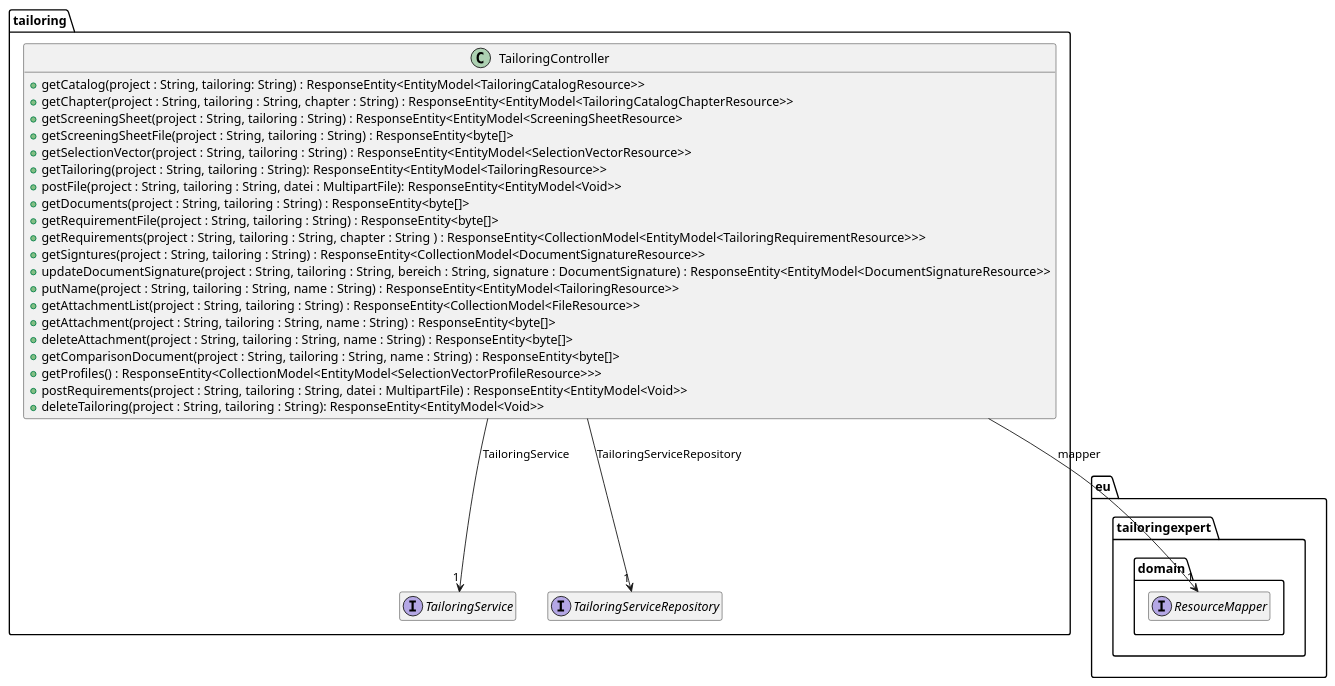
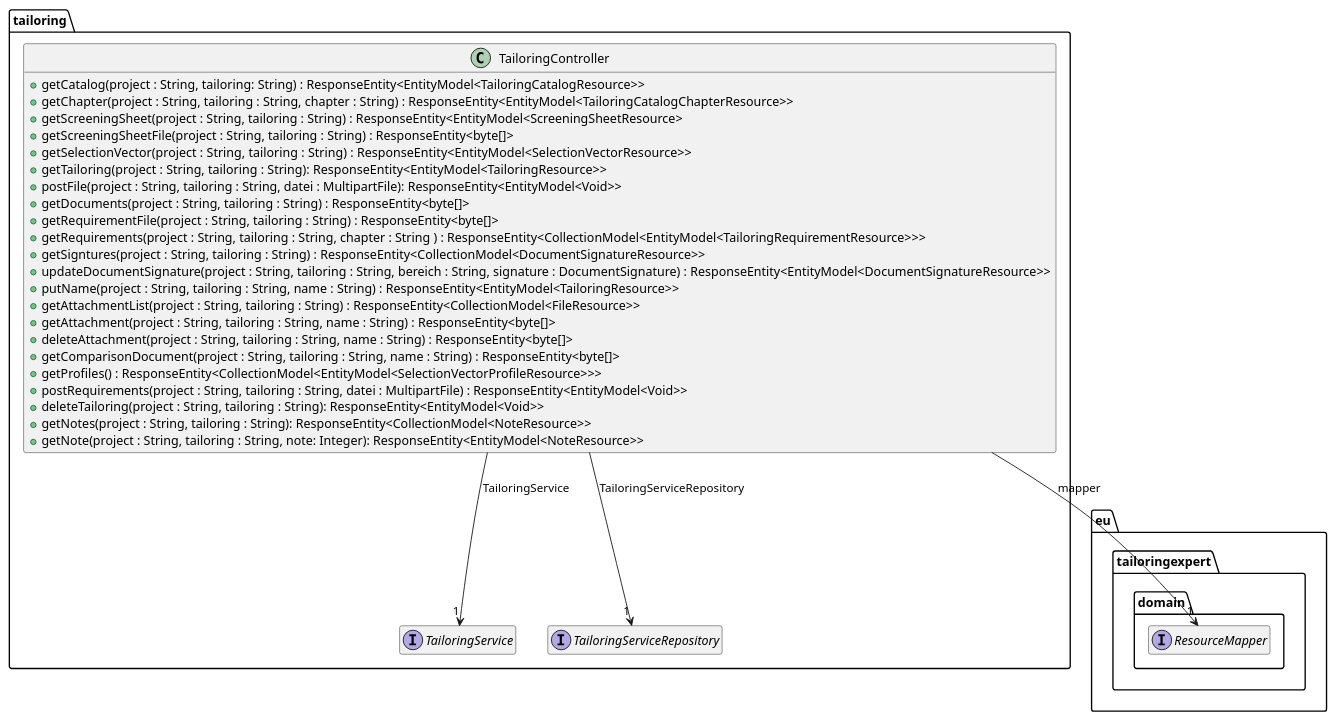
Before and after one commit to tailoringexpert/platform: the diagram in src/site/arc42/plantuml/rest/tailoring/Ebene3.plantuml, drawn with PlantUML. The commit also changed 51 other files, not shown here.

Commit message:
add list of notes to tailoring

```diff
--- a/src/site/arc42/plantuml/rest/tailoring/Ebene3.plantuml
+++ b/src/site/arc42/plantuml/rest/tailoring/Ebene3.plantuml
@@ -1,48 +1,50 @@
 @startuml
 hide empty members
 
 package eu.tailoringexpert {
     package domain {
         interface ResourceMapper
     }
 }
 
 package tailoring {
 
 
     interface TailoringService {
     }
 
     interface TailoringServiceRepository {
     }
 
     class TailoringController {
         +getCatalog(project : String, tailoring: String) : ResponseEntity<EntityModel<TailoringCatalogResource>>
         +getChapter(project : String, tailoring : String, chapter : String) : ResponseEntity<EntityModel<TailoringCatalogChapterResource>>
         +getScreeningSheet(project : String, tailoring : String) : ResponseEntity<EntityModel<ScreeningSheetResource>
         +getScreeningSheetFile(project : String, tailoring : String) : ResponseEntity<byte[]>
         +getSelectionVector(project : String, tailoring : String) :  ResponseEntity<EntityModel<SelectionVectorResource>>
         +getTailoring(project : String, tailoring : String): ResponseEntity<EntityModel<TailoringResource>>
         +postFile(project : String, tailoring : String, datei : MultipartFile): ResponseEntity<EntityModel<Void>>
         +getDocuments(project : String, tailoring : String) : ResponseEntity<byte[]>
         +getRequirementFile(project : String, tailoring : String) : ResponseEntity<byte[]>
         +getRequirements(project : String, tailoring : String, chapter : String ) : ResponseEntity<CollectionModel<EntityModel<TailoringRequirementResource>>>
         +getSigntures(project : String, tailoring : String) : ResponseEntity<CollectionModel<DocumentSignatureResource>>
         +updateDocumentSignature(project : String, tailoring : String, bereich : String, signature : DocumentSignature) : ResponseEntity<EntityModel<DocumentSignatureResource>>
         +putName(project : String, tailoring : String, name : String) : ResponseEntity<EntityModel<TailoringResource>>
         +getAttachmentList(project : String, tailoring : String) : ResponseEntity<CollectionModel<FileResource>>
         +getAttachment(project : String, tailoring : String, name : String) : ResponseEntity<byte[]>
         +deleteAttachment(project : String, tailoring : String, name : String) : ResponseEntity<byte[]>
         +getComparisonDocument(project : String, tailoring : String, name : String) : ResponseEntity<byte[]>
         +getProfiles() : ResponseEntity<CollectionModel<EntityModel<SelectionVectorProfileResource>>>
         +postRequirements(project : String, tailoring : String, datei : MultipartFile) : ResponseEntity<EntityModel<Void>>
         +deleteTailoring(project : String, tailoring : String): ResponseEntity<EntityModel<Void>>
+        +getNotes(project : String, tailoring : String): ResponseEntity<CollectionModel<NoteResource>>
+        +getNote(project : String, tailoring : String, note: Integer): ResponseEntity<EntityModel<NoteResource>>
     }
 
 
     TailoringController --> "1" ResourceMapper : mapper
     TailoringController --> "1" TailoringService : TailoringService
     TailoringController --> "1" TailoringServiceRepository : TailoringServiceRepository
 
 }
 @enduml
```
